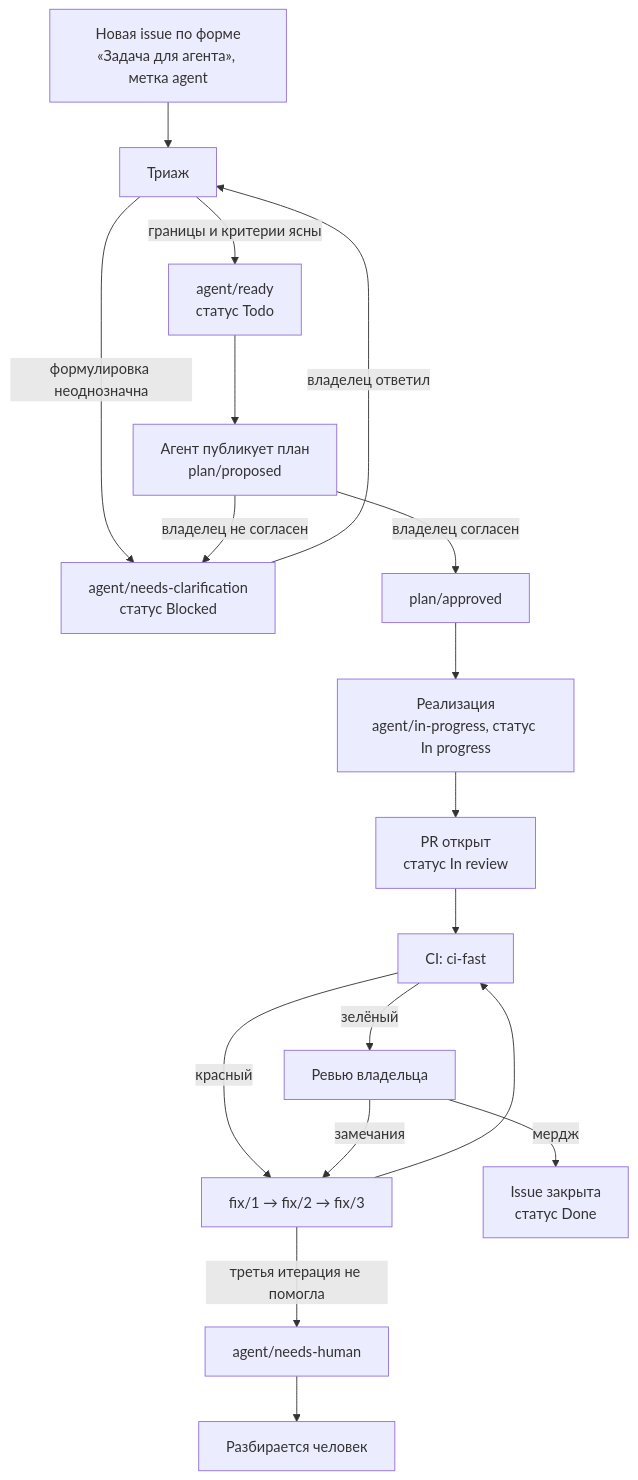
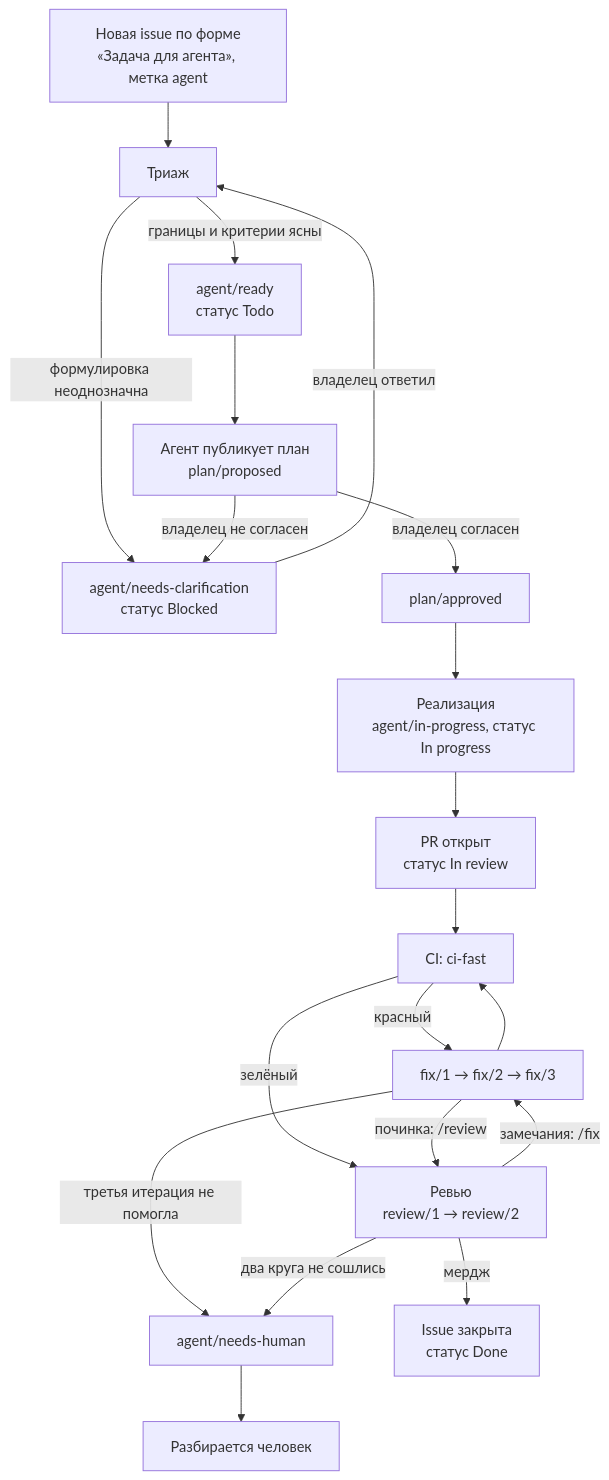
Before and after one commit to k-kuzmin/domovoy: the diagram in docs/pipeline.md, drawn with Mermaid. The commit also changed other lines of this file and 25 other files, not shown here.

````diff
--- a/docs/pipeline.md
+++ b/docs/pipeline.md
@@ -42,20 +42,22 @@
 ```mermaid
 flowchart TD
     issue["Новая issue по форме<br/>«Задача для агента», метка agent"] --> triage["Триаж"]
     triage -->|формулировка неоднозначна| clar["agent/needs-clarification<br/>статус Blocked"]
     clar -->|владелец ответил| triage
     triage -->|границы и критерии ясны| ready["agent/ready<br/>статус Todo"]
     ready --> plan["Агент публикует план<br/>plan/proposed"]
     plan -->|владелец не согласен| clar
     plan -->|владелец согласен| approved["plan/approved"]
     approved --> impl["Реализация<br/>agent/in-progress, статус In progress"]
     impl --> pr["PR открыт<br/>статус In review"]
     pr --> ci["CI: ci-fast"]
     ci -->|красный| fix["fix/1 → fix/2 → fix/3"]
     fix --> ci
     fix -->|третья итерация не помогла| human["agent/needs-human"]
-    ci -->|зелёный| review["Ревью владельца"]
-    review -->|замечания| fix
+    ci -->|зелёный| review["Ревью<br/>review/1 → review/2"]
+    review -->|замечания: /fix| fix
+    fix -->|починка: /review| review
+    review -->|два круга не сошлись| human
     review -->|мердж| done["Issue закрыта<br/>статус Done"]
     human --> owner["Разбирается человек"]
 ```
````
